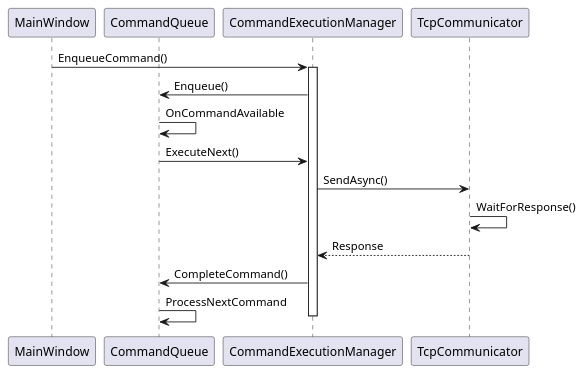
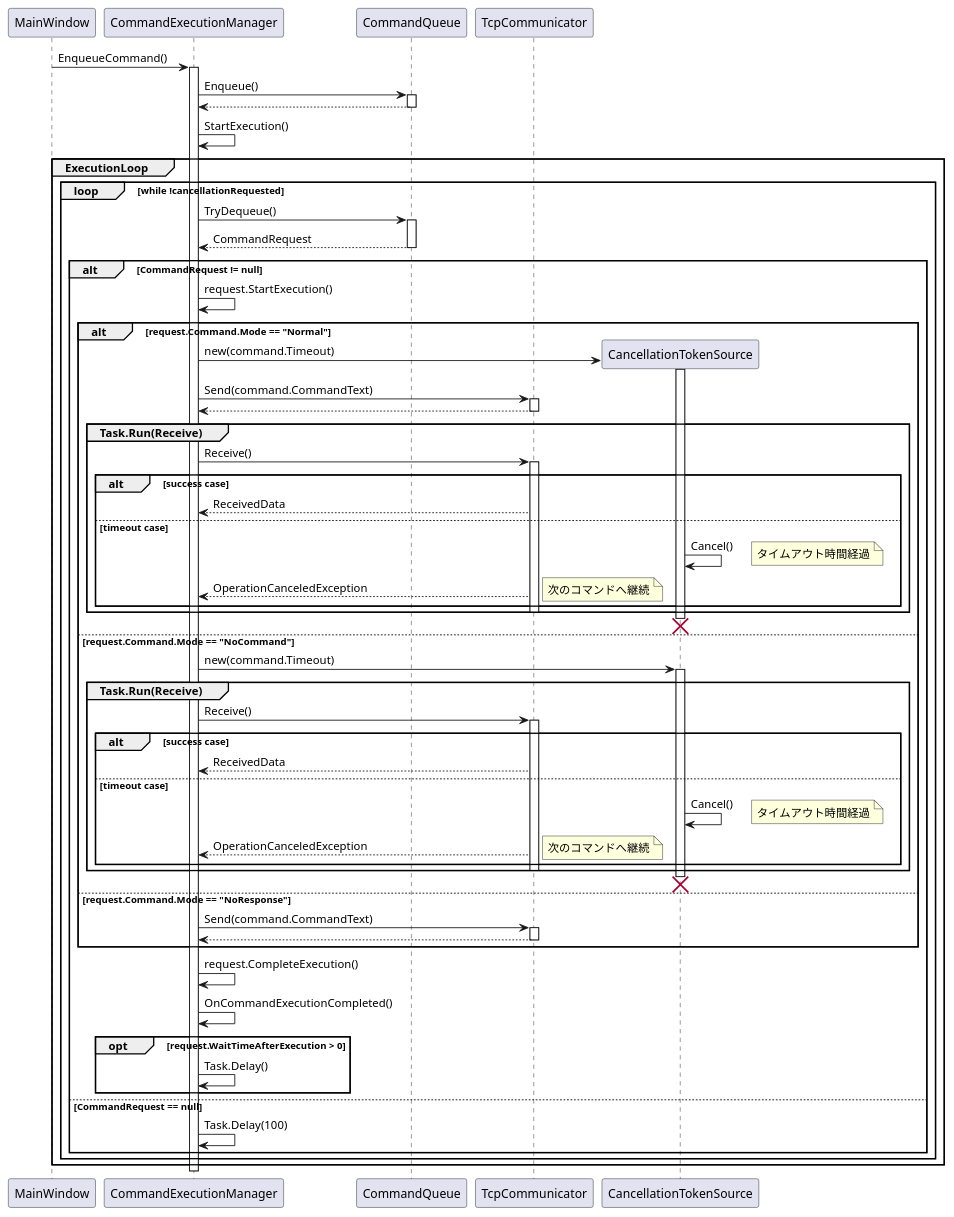
One commit to piyopiyo5/250426_CommandTest changed the fourth of 4 diagrams in CommandTest/docs/chapters/system_design.adoc. Above: the diagram before and after it, drawn with PlantUML. The commit also changed other lines of this file and 9 other files, not shown here.

```diff
--- a/CommandTest/docs/chapters/system_design.adoc
+++ b/CommandTest/docs/chapters/system_design.adoc
@@ -136,19 +154,94 @@
 [plantuml]
 ....
 participant "MainWindow" as Main
+participant "CommandExecutionManager" as Exec
 participant "CommandQueue" as Queue
-participant "CommandExecutionManager" as Exec
 participant "TcpCommunicator" as TCP
 
 Main -> Exec : EnqueueCommand()
 activate Exec
+
 Exec -> Queue : Enqueue()
-Queue -> Queue : OnCommandAvailable
-Queue -> Exec : ExecuteNext()
-Exec -> TCP : SendAsync()
-TCP -> TCP : WaitForResponse()
-TCP --> Exec : Response
-Exec -> Queue : CompleteCommand()
-Queue -> Queue : ProcessNextCommand
+activate Queue
+Queue --> Exec
+deactivate Queue
+
+Exec -> Exec : StartExecution()
+
+group ExecutionLoop
+    loop while !cancellationRequested
+        Exec -> Queue : TryDequeue()
+        activate Queue
+        Queue --> Exec : CommandRequest
+        deactivate Queue
+        
+        alt CommandRequest != null
+            Exec -> Exec : request.StartExecution()
+            
+            alt request.Command.Mode == "Normal"
+                create CancellationTokenSource as CTS
+                Exec -> CTS : new(command.Timeout)
+                activate CTS
+                
+                Exec -> TCP : Send(command.CommandText)
+                activate TCP
+                TCP --> Exec
+                deactivate TCP
+                
+                group Task.Run(Receive)
+                    Exec -> TCP : Receive()
+                    activate TCP
+                    alt success case
+                        TCP --> Exec : ReceivedData
+                    else timeout case
+                        CTS -> CTS : Cancel()
+                        note right: タイムアウト時間経過
+                        TCP --> Exec : OperationCanceledException
+                        note right: 次のコマンドへ継続
+                    end
+                    deactivate TCP
+                end
+                destroy CTS
+                
+            else request.Command.Mode == "NoCommand"
+                create CancellationTokenSource as CTS
+                Exec -> CTS : new(command.Timeout)
+                activate CTS
+                
+                group Task.Run(Receive)
+                    Exec -> TCP : Receive()
+                    activate TCP
+                    alt success case
+                        TCP --> Exec : ReceivedData
+                    else timeout case
+                        CTS -> CTS : Cancel()
+                        note right: タイムアウト時間経過
+                        TCP --> Exec : OperationCanceledException
+                        note right: 次のコマンドへ継続
+                    end
+                    deactivate TCP
+                end
+                destroy CTS
+                
+            else request.Command.Mode == "NoResponse"
+                Exec -> TCP : Send(command.CommandText)
+                activate TCP
+                TCP --> Exec
+                deactivate TCP
+            end
+            
+            Exec -> Exec : request.CompleteExecution()
+            Exec -> Exec : OnCommandExecutionCompleted()
+            
+            opt request.WaitTimeAfterExecution > 0
+                Exec -> Exec : Task.Delay()
+            end
+            
+        else CommandRequest == null
+            Exec -> Exec : Task.Delay(100)
+        end
+    end
+end
+
 deactivate Exec
 ....
```
